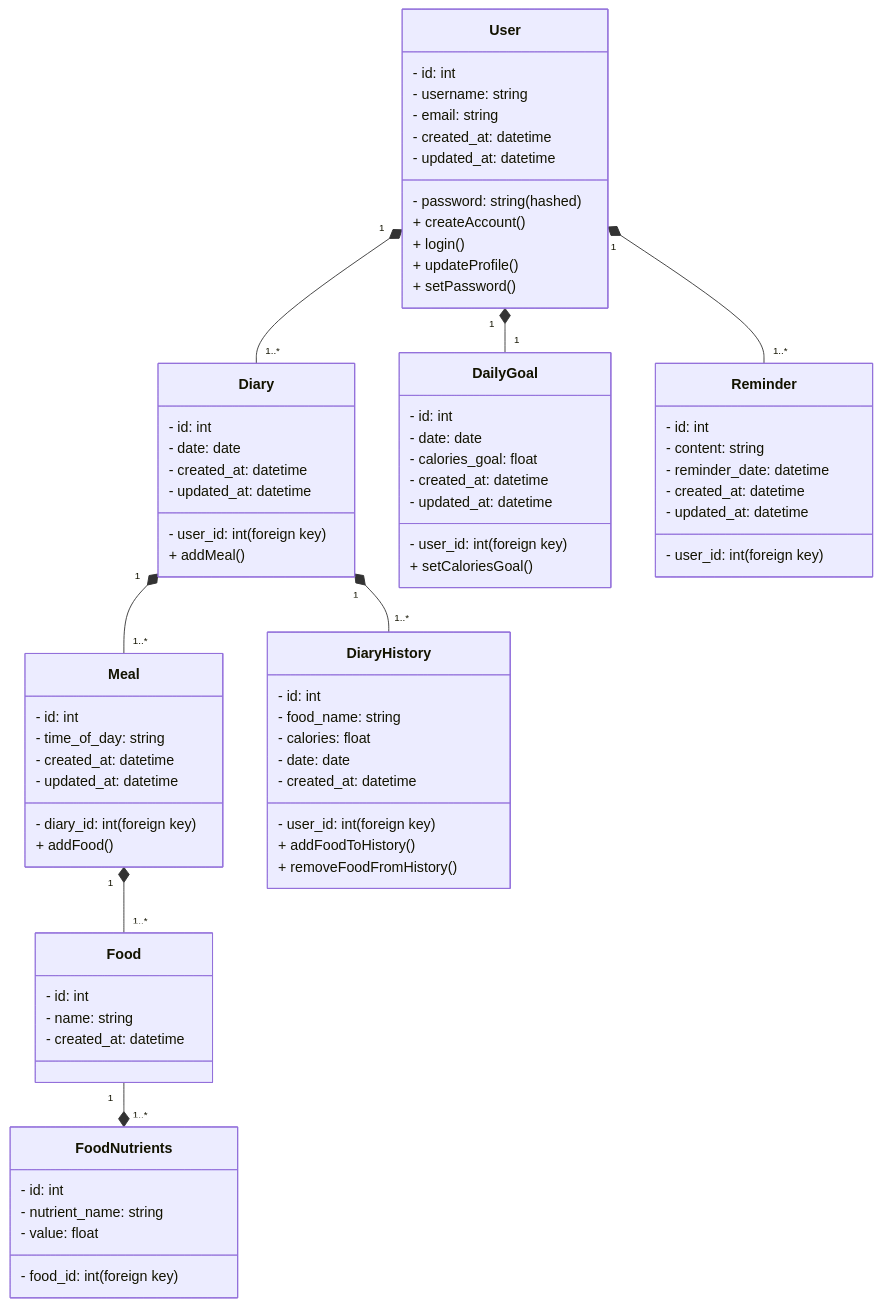
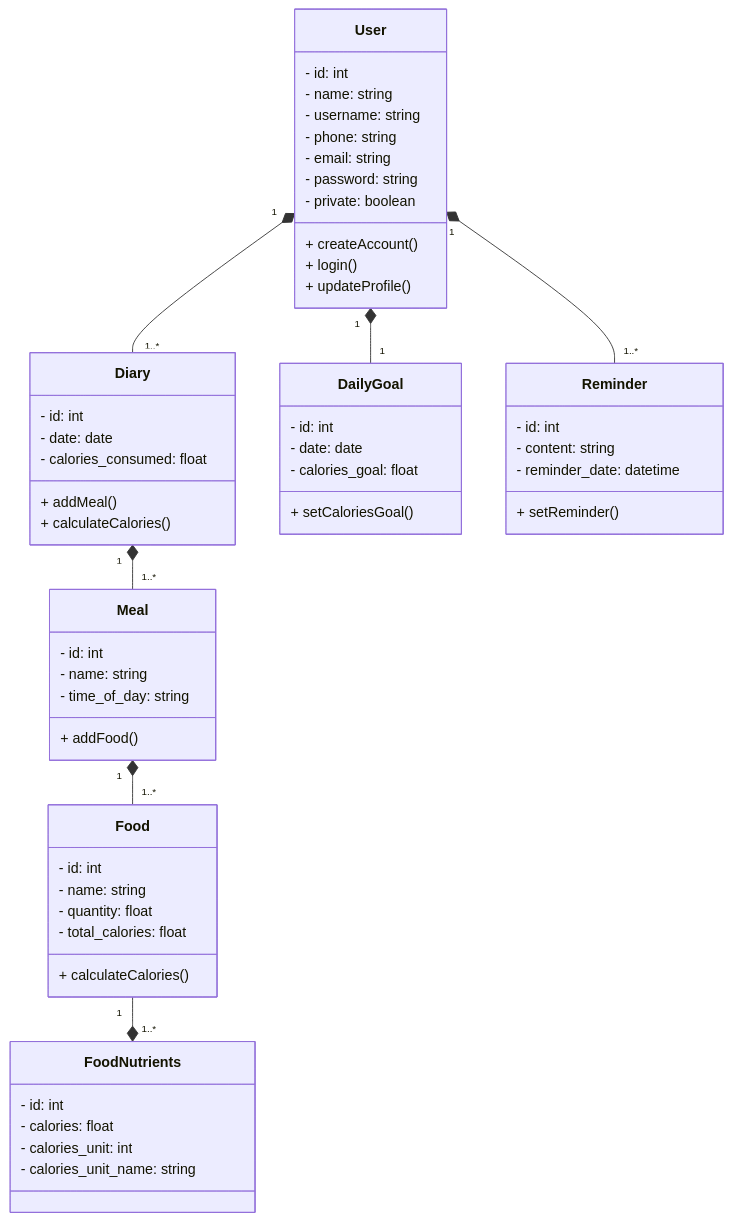
Before and after one commit to ICEI-PUC-Minas-PMV-ADS/pmv-ads-2023-2-e3-proj-mov-t3-time4-fit: the first of 2 diagrams in docs/05-Arquitetura da Solução.md, drawn with Mermaid.

Commit message:
Update 05-Arquitetura da Solução.md

```diff
--- a/docs/05-Arquitetura da Solução.md
+++ b/docs/05-Arquitetura da Solução.md
@@ -14,82 +14,64 @@
 classDiagram
   class User {
     - id: int
+    - name: string
     - username: string
+    - phone: string
     - email: string
-    - password: string (hashed)
-    - created_at: datetime
-    - updated_at: datetime
+    - password: string
+    - private: boolean
     + createAccount()
     + login()
     + updateProfile()
-    + setPassword()
   }
 
   class Diary {
     - id: int
-    - user_id: int (foreign key)
     - date: date
-    - created_at: datetime
-    - updated_at: datetime
+    - calories_consumed: float
     + addMeal()
+    + calculateCalories()
   }
 
   class Meal {
     - id: int
-    - diary_id: int (foreign key)
+    - name: string
     - time_of_day: string
-    - created_at: datetime
-    - updated_at: datetime
     + addFood()
   }
 
   class Food {
     - id: int
     - name: string
-    - created_at: datetime
+    - quantity: float
+    - total_calories: float
+    + calculateCalories()
   }
 
   class FoodNutrients {
     - id: int
-    - food_id: int (foreign key)
-    - nutrient_name: string
-    - value: float
+    - calories: float
+    - calories_unit: int
+    - calories_unit_name: string
   }
 
   class DailyGoal {
     - id: int
-    - user_id: int (foreign key)
     - date: date
     - calories_goal: float
-    - created_at: datetime
-    - updated_at: datetime
     + setCaloriesGoal()
-  }
-
-  class DiaryHistory {
-    - id: int
-    - user_id: int (foreign key)
-    - food_name: string
-    - calories: float
-    - date: date
-    - created_at: datetime
-    + addFoodToHistory()
-    + removeFoodFromHistory()
   }
 
   class Reminder {
     - id: int
-    - user_id: int (foreign key)
     - content: string
     - reminder_date: datetime
-    - created_at: datetime
-    - updated_at: datetime
+    + setReminder()
   }
 
   User "1" *-- "1" DailyGoal
   User "1" *-- "1..*" Reminder
   User "1" *-- "1..*" Diary
-  Diary "1" *-- "1..*" DiaryHistory
   Diary "1" *-- "1..*" Meal
   Meal "1" *-- "1..*" Food
   Food "1" --* "1..*" FoodNutrients
```
